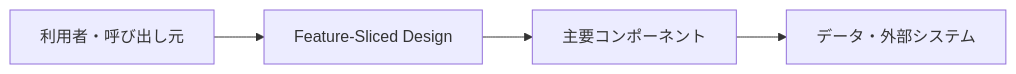
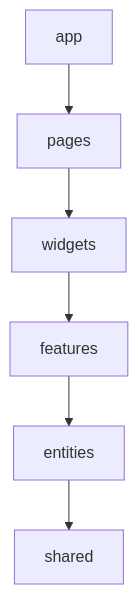
The diagram in docs/フロントエンド系/Feature-Sliced Design.md (t-shirayama/architecture-notes), drawn with Mermaid before and after one commit. The commit also changed other lines of this file and 32 other files, not shown here.

Commit message:
docs: refine remaining architecture notes

````diff
--- a/docs/フロントエンド系/Feature-Sliced Design.md
+++ b/docs/フロントエンド系/Feature-Sliced Design.md
@@ -24,6 +28,8 @@
 ```mermaid
-flowchart LR
-    A[利用者・呼び出し元] --> B[Feature-Sliced Design]
-    B --> C[主要コンポーネント]
-    C --> D[データ・外部システム]
+flowchart TB
+    App[app] --> Pages[pages]
+    Pages --> Widgets[widgets]
+    Widgets --> Features[features]
+    Features --> Entities[entities]
+    Entities --> Shared[shared]
 ```
````
